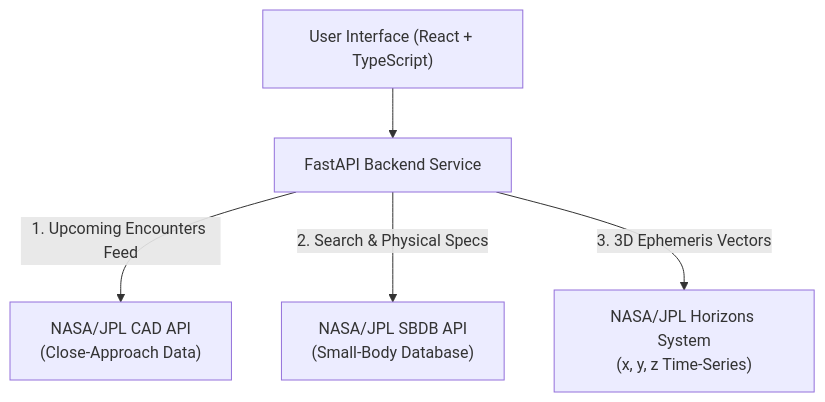
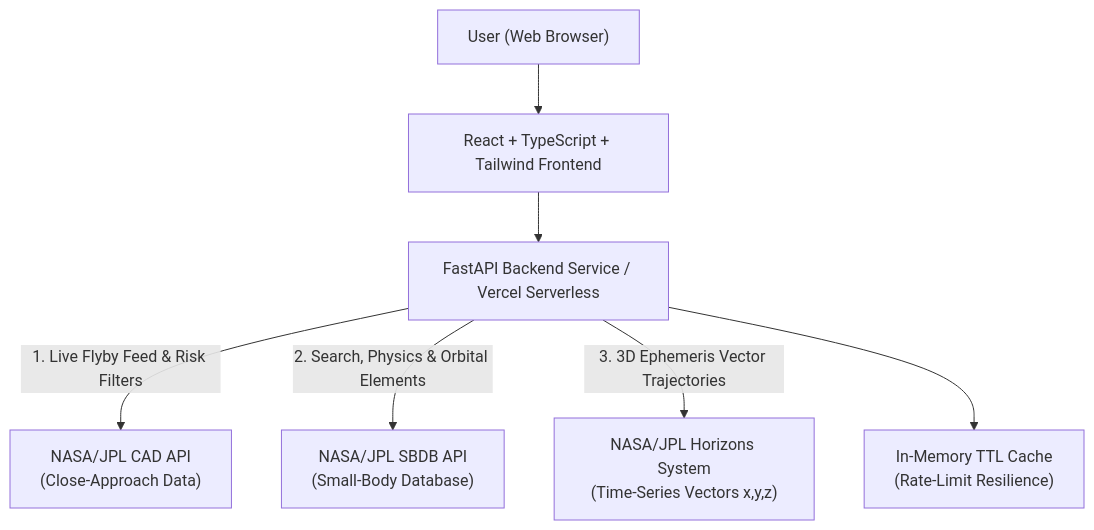
The diagram in README.md (nazrana-nahreen/OrbitWatch), drawn with Mermaid before and after one commit. The commit also changed other lines of this file and 4 other files, not shown here.

Commit message:
feat: add Vercel serverless deployment config, fullstack rewrites, and production README

````diff
--- a/README.md
+++ b/README.md
@@ -17,8 +19,11 @@
 ```mermaid
 flowchart TD
-    User["User Interface (React + TypeScript)"] --> Backend["FastAPI Backend Service"]
+    User["User (Web Browser)"] --> Frontend["React + TypeScript + Tailwind Frontend"]
+    Frontend --> Backend["FastAPI Backend Service / Vercel Serverless"]
     
-    Backend -->|1. Upcoming Encounters Feed| CAD["NASA/JPL CAD API<br/>(Close-Approach Data)"]
-    Backend -->|2. Search & Physical Specs| SBDB["NASA/JPL SBDB API<br/>(Small-Body Database)"]
-    Backend -->|3. 3D Ephemeris Vectors| Horizons["NASA/JPL Horizons System<br/>(x, y, z Time-Series)"]
+    Backend -->|1. Live Flyby Feed & Risk Filters| CAD["NASA/JPL CAD API<br/>(Close-Approach Data)"]
+    Backend -->|2. Search, Physics & Orbital Elements| SBDB["NASA/JPL SBDB API<br/>(Small-Body Database)"]
+    Backend -->|3. 3D Ephemeris Vector Trajectories| Horizons["NASA/JPL Horizons System<br/>(Time-Series Vectors x,y,z)"]
+    
+    Backend --> Cache["In-Memory TTL Cache<br/>(Rate-Limit Resilience)"]
 ```
````
